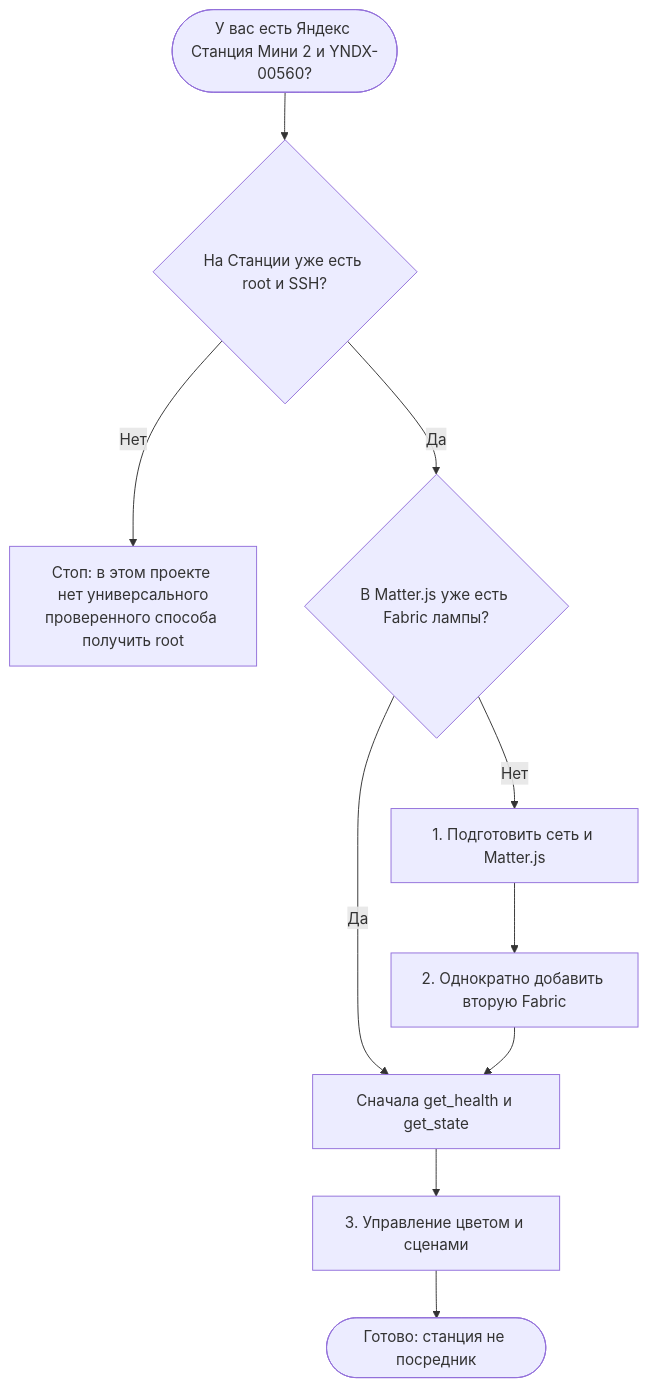
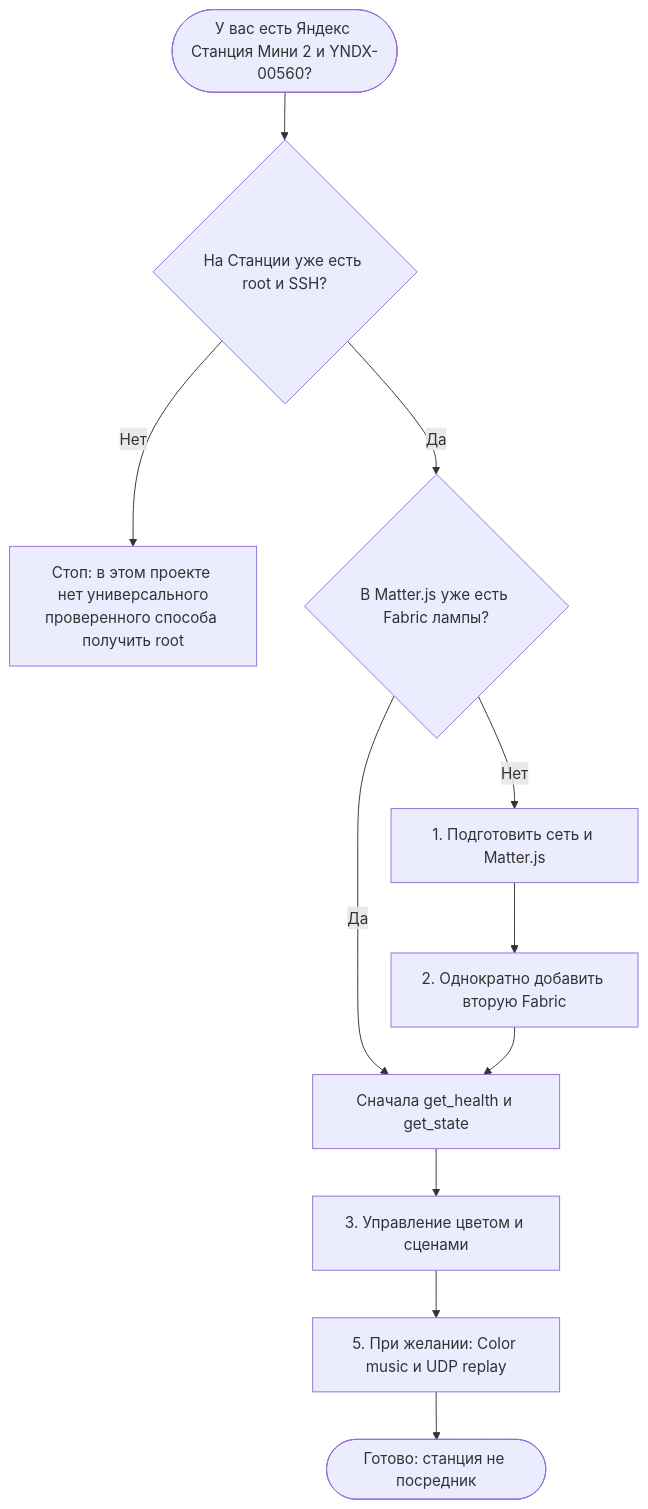
The second of 2 diagrams in docs/guide/00_START_RU.md (r0ka-op/yandex-station-matter-bridge), drawn with Mermaid before and after one commit. The commit also changed other lines of this file and 9 other files, not shown here.

````diff
--- a/docs/guide/00_START_RU.md
+++ b/docs/guide/00_START_RU.md
@@ -29,12 +29,13 @@
 ```mermaid
 flowchart TD
   START(["У вас есть Яндекс Станция Мини 2 и YNDX-00560?"]) --> PRE{"На Станции уже есть root и SSH?"}
   PRE -->|Нет| NO["Стоп: в этом проекте нет универсального<br/>проверенного способа получить root"]
   PRE -->|Да| LINK{"В Matter.js уже есть Fabric лампы?"}
   LINK -->|Нет| SETUP["1. Подготовить сеть и Matter.js"]
   SETUP --> PAIR["2. Однократно добавить вторую Fabric"]
   LINK -->|Да| CHECK["Сначала get_health и get_state"]
   PAIR --> CHECK
   CHECK --> CONTROL["3. Управление цветом и сценами"]
-  CONTROL --> END(["Готово: станция не посредник"])
+  CONTROL --> MUSIC["5. При желании: Color music и UDP replay"]
+  MUSIC --> END(["Готово: станция не посредник"])
 ```
````
